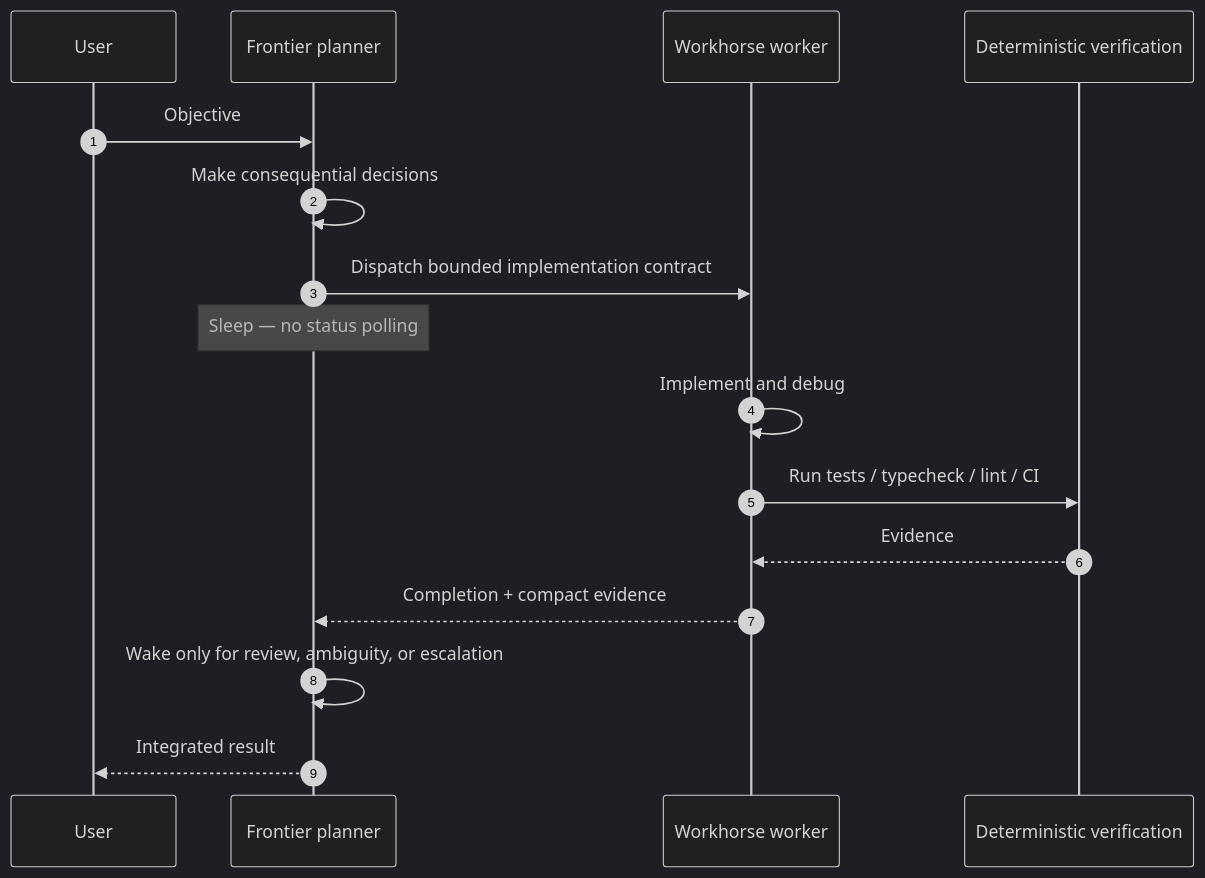
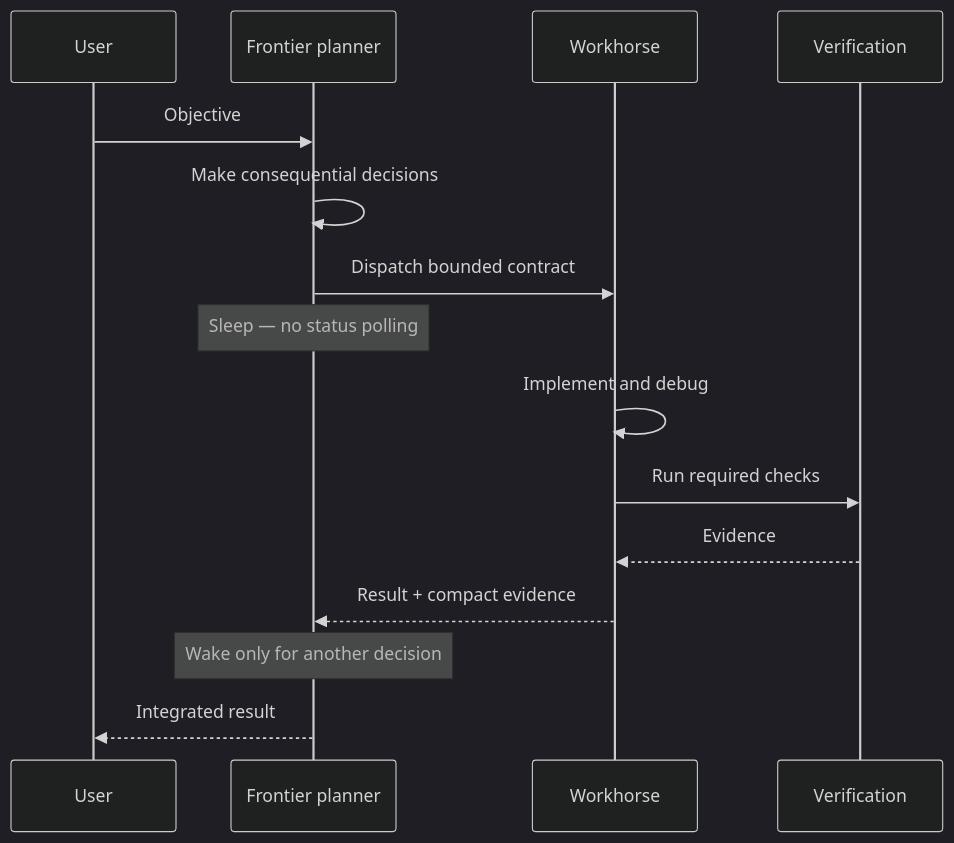
The second of 6 diagrams in docs/articles/frontier-decisions-cheap-execution.md (Strataward/durable-threads), drawn with Mermaid (dark theme) before and after one commit. The commit also changed other lines of this file and 6 other files, not shown here.

````diff
--- a/docs/articles/frontier-decisions-cheap-execution.md
+++ b/docs/articles/frontier-decisions-cheap-execution.md
@@ -82,19 +86,18 @@
 ```mermaid
 sequenceDiagram
-    autonumber
     participant U as User
     participant P as Frontier planner
-    participant W as Workhorse worker
-    participant V as Deterministic verification
+    participant W as Workhorse
+    participant V as Verification
 
     U->>P: Objective
     P->>P: Make consequential decisions
-    P->>W: Dispatch bounded implementation contract
+    P->>W: Dispatch bounded contract
     Note over P: Sleep — no status polling
     W->>W: Implement and debug
-    W->>V: Run tests / typecheck / lint / CI
+    W->>V: Run required checks
     V-->>W: Evidence
-    W-->>P: Completion + compact evidence
-    P->>P: Wake only for review, ambiguity, or escalation
+    W-->>P: Result + compact evidence
+    Note over P: Wake only for another decision
     P-->>U: Integrated result
 ```
````
